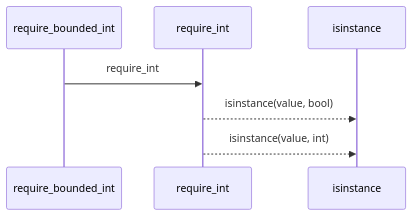
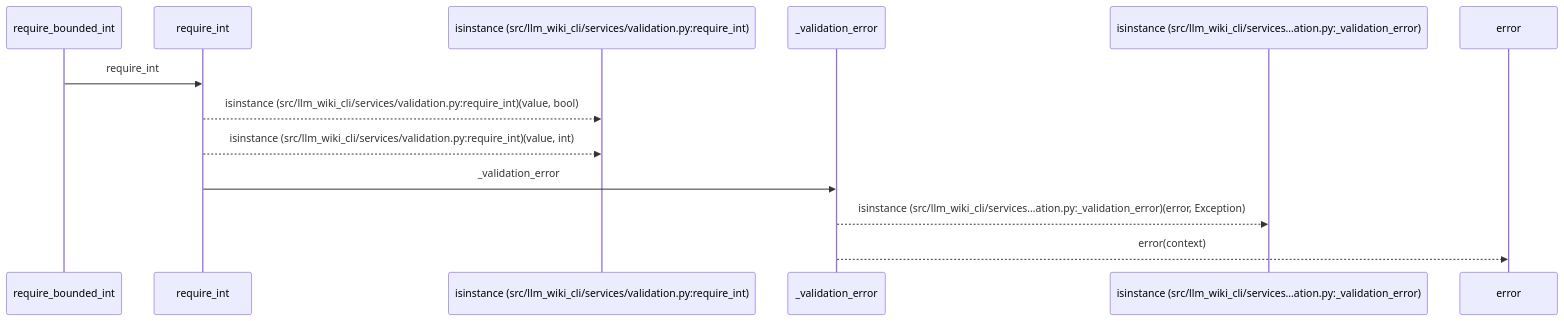
Before and after one commit to Denissvgn/python-wiki-llm: the first of 2 diagrams in docs/llm_wiki/flows/api-require_bounded_int.md, drawn with Mermaid. The commit also changed other lines of this file and 627 other files, not shown here.

````diff
--- a/docs/llm_wiki/flows/api-require_bounded_int.md
+++ b/docs/llm_wiki/flows/api-require_bounded_int.md
@@ -12,9 +12,15 @@
 ```mermaid
 sequenceDiagram
     participant p0 as require_bounded_int
     participant p1 as require_int
-    participant p2 as isinstance
+    participant p2 as isinstance (src/llm_wiki_cli/services/validation.py:require_int)
+    participant p3 as _validation_error
+    participant p4 as isinstance (src/llm_wiki_cli/services…ation.py:_validation_error)
+    participant p5 as error
     p0->>p1: require_int
-    p1-->>p2: isinstance(value, bool)
-    p1-->>p2: isinstance(value, int)
+    p1-->>p2: isinstance (src/llm_wiki_cli/services/validation.py:require_int)(value, bool)
+    p1-->>p2: isinstance (src/llm_wiki_cli/services/validation.py:require_int)(value, int)
+    p1->>p3: _validation_error
+    p3-->>p4: isinstance (src/llm_wiki_cli/services…ation.py:_validation_error)(error, Exception)
+    p3-->>p5: error(context)
 ```
````
